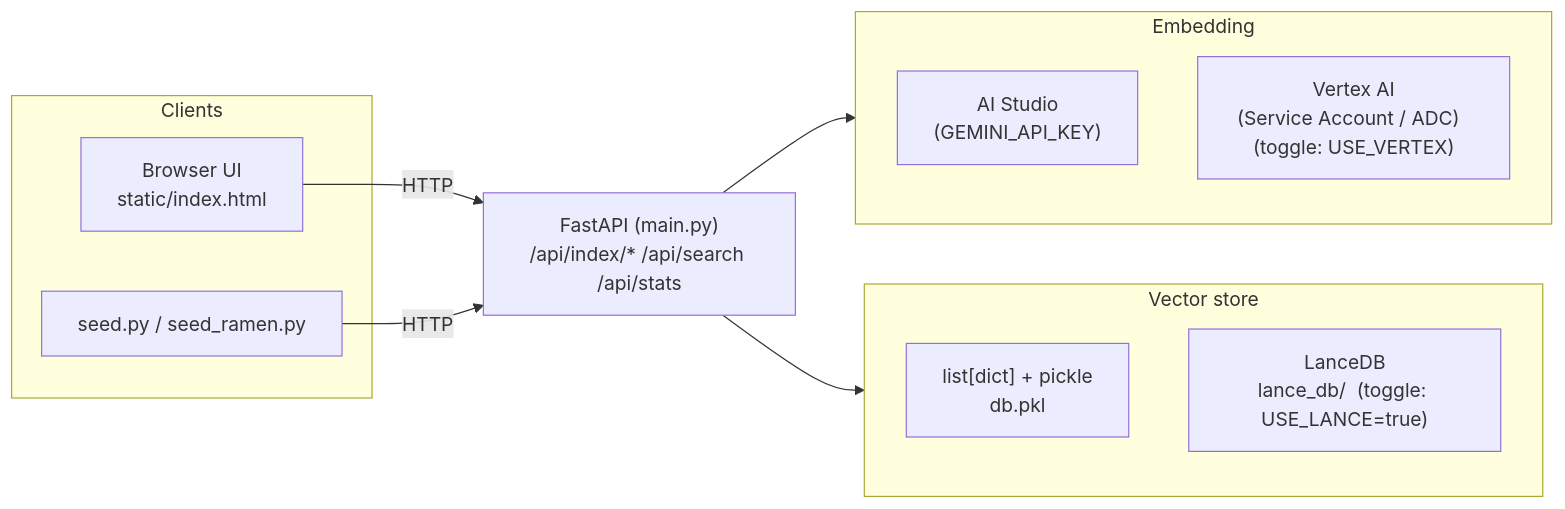
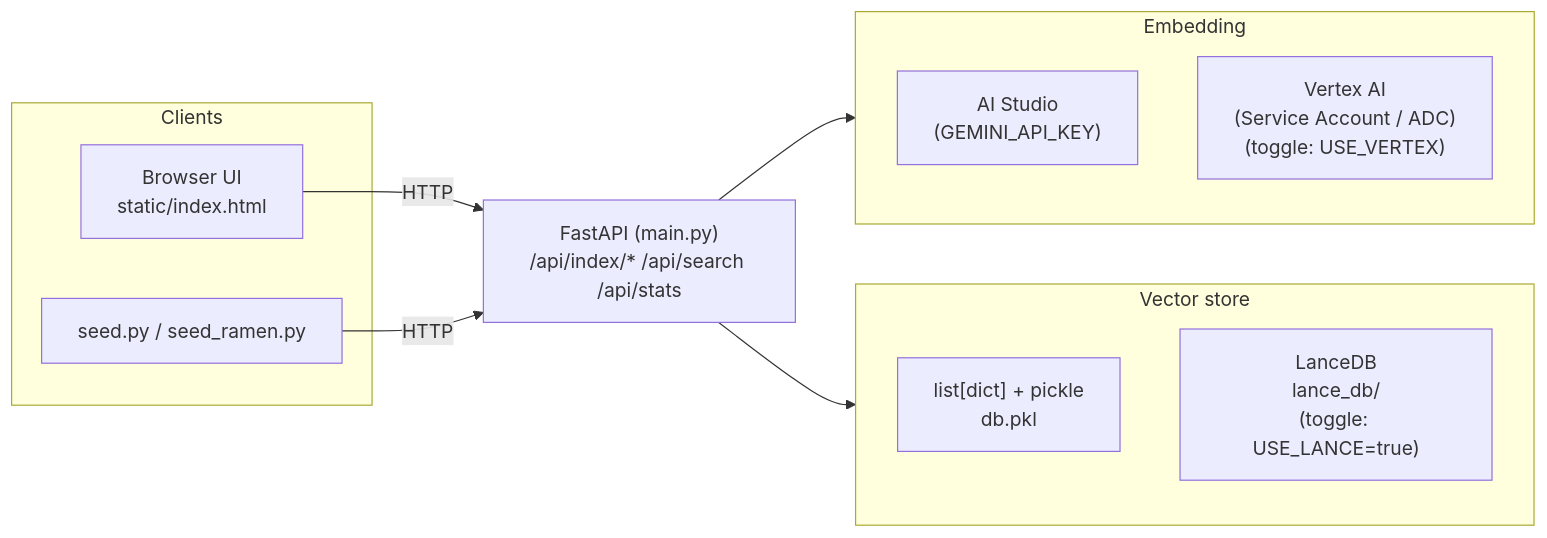
The second of 2 diagrams in README.md (tsho/2026-bwai-gemini-embeddings), drawn with Mermaid before and after one commit. The commit also changed other lines of this file, not shown here.

Commit message:
Wrap toggle annotation onto its own line in Mermaid nodes
The (toggle: USE_VERTEX) and (toggle: USE_LANCE=true) hints were
trailing the prior caption on the same visual line, which was hard to
scan. Replaced the two-space gap with <br/> in both diagrams so the
toggle reads as a separate line under each backend's name.

````diff
--- a/README.md
+++ b/README.md
@@ -286,24 +286,24 @@
 ```mermaid
 flowchart LR
     subgraph Clients
         Browser["Browser UI<br/>static/index.html"]
         Seed["seed.py / seed_ramen.py"]
     end
 
     Endpoints["FastAPI (main.py)<br/>/api/index/* /api/search /api/stats"]
 
     subgraph Embedding["Embedding"]
         AIStudio["AI Studio<br/>(GEMINI_API_KEY)"]
-        Vertex["Vertex AI<br/>(Service Account / ADC)  (toggle: USE_VERTEX)"]
+        Vertex["Vertex AI<br/>(Service Account / ADC)<br/>(toggle: USE_VERTEX)"]
     end
 
     subgraph VectorDB["Vector store"]
         Memory["list[dict] + pickle<br/>db.pkl"]
-        Lance["LanceDB<br/>lance_db/  (toggle: USE_LANCE=true)"]
+        Lance["LanceDB<br/>lance_db/<br/>(toggle: USE_LANCE=true)"]
     end
 
     Browser -->|HTTP| Endpoints
     Seed -->|HTTP| Endpoints
     Endpoints --> Embedding
     Endpoints --> VectorDB
 ```
````
